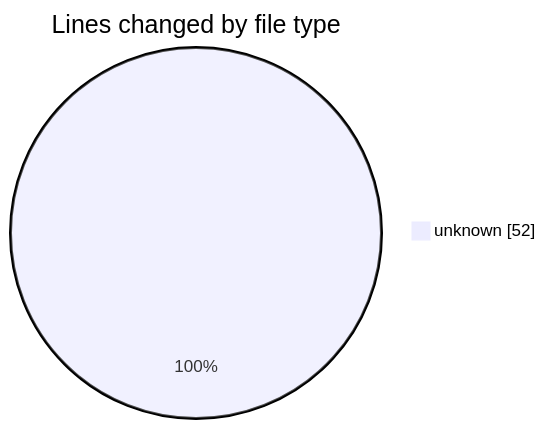
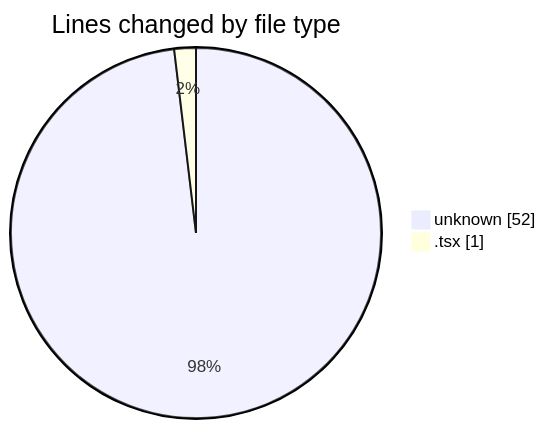
The first of 2 diagrams in 2025-06-02/ecodeli-1/README.md (CELIANVF/code-tracking), drawn with Mermaid before and after one commit. The commit also changed other lines of this file and 1 other file, not shown here.

````diff
--- a/2025-06-02/ecodeli-1/README.md
+++ b/2025-06-02/ecodeli-1/README.md
@@ -20,5 +21,6 @@
 ```mermaid
 pie showData
 title Lines changed by file type
 "unknown" : 52
+".tsx" : 1
 ```
````
